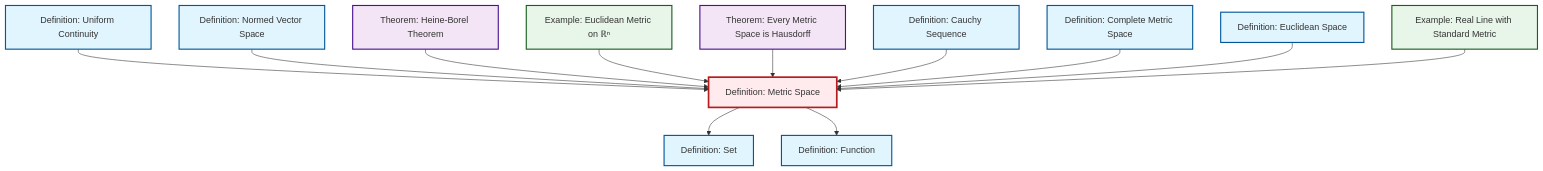
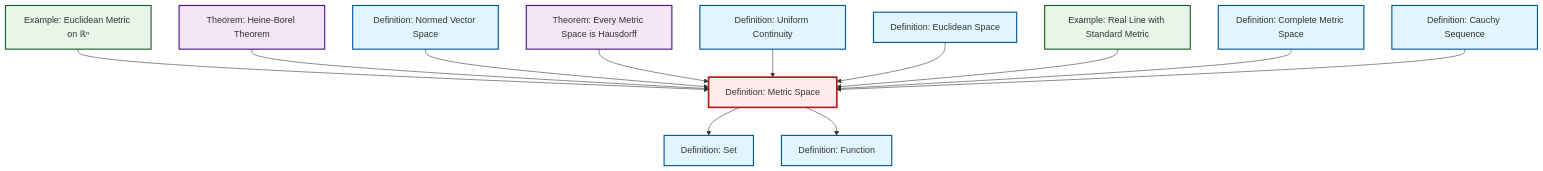
Before and after one commit to RK0429/ModernMath: the diagram in content/ja/analysis/def-metric-space.qmd, drawn with Mermaid. The commit also changed other lines of this file and 619 other files, not shown here.

````diff
--- a/content/ja/analysis/def-metric-space.qmd
+++ b/content/ja/analysis/def-metric-space.qmd
@@ -52,44 +52,44 @@
 ```{mermaid}
 %%| fig-cap: "Local dependency graph"
 graph TD
     classDef definition fill:#e1f5fe,stroke:#01579b,stroke-width:2px
     classDef theorem fill:#f3e5f5,stroke:#4a148c,stroke-width:2px
     classDef axiom fill:#fff3e0,stroke:#e65100,stroke-width:2px
     classDef example fill:#e8f5e9,stroke:#1b5e20,stroke-width:2px
     classDef current fill:#ffebee,stroke:#b71c1c,stroke-width:3px
+    def-metric-space["Definition: Metric Space"]:::definition
     def-complete-metric-space["Definition: Complete Metric Space"]:::definition
+    def-set["Definition: Set"]:::definition
+    thm-metric-hausdorff["Theorem: Every Metric Space is Hausdorff"]:::theorem
+    ex-real-line-metric["Example: Real Line with Standard Metric"]:::example
+    def-cauchy-sequence["Definition: Cauchy Sequence"]:::definition
+    def-uniform-continuity["Definition: Uniform Continuity"]:::definition
     ex-euclidean-metric["Example: Euclidean Metric on ℝⁿ"]:::example
-    ex-real-line-metric["Example: Real Line with Standard Metric"]:::example
     def-euclidean-space["Definition: Euclidean Space"]:::definition
+    def-normed-vector-space["Definition: Normed Vector Space"]:::definition
     thm-heine-borel["Theorem: Heine-Borel Theorem"]:::theorem
-    thm-metric-hausdorff["Theorem: Every Metric Space is Hausdorff"]:::theorem
-    def-uniform-continuity["Definition: Uniform Continuity"]:::definition
     def-function["Definition: Function"]:::definition
-    def-metric-space["Definition: Metric Space"]:::definition
-    def-set["Definition: Set"]:::definition
-    def-cauchy-sequence["Definition: Cauchy Sequence"]:::definition
-    def-normed-vector-space["Definition: Normed Vector Space"]:::definition
+    def-metric-space --> def-set
+    ex-euclidean-metric --> def-metric-space
+    def-metric-space --> def-function
+    thm-heine-borel --> def-metric-space
+    def-normed-vector-space --> def-metric-space
+    thm-metric-hausdorff --> def-metric-space
     def-uniform-continuity --> def-metric-space
-    def-normed-vector-space --> def-metric-space
-    thm-heine-borel --> def-metric-space
-    def-metric-space --> def-set
-    def-metric-space --> def-function
-    ex-euclidean-metric --> def-metric-space
-    thm-metric-hausdorff --> def-metric-space
-    def-cauchy-sequence --> def-metric-space
-    def-complete-metric-space --> def-metric-space
     def-euclidean-space --> def-metric-space
     ex-real-line-metric --> def-metric-space
+    def-complete-metric-space --> def-metric-space
+    def-cauchy-sequence --> def-metric-space
     class def-metric-space current
     click def-complete-metric-space "def-complete-metric-space.html" "Definition: Complete Metric Spaceへ"
+    click def-set "def-set.html" "Definition: Setへ"
+    click thm-metric-hausdorff "thm-metric-hausdorff.html" "Theorem: Every Metric Space is Hausdorffへ"
+    click ex-real-line-metric "ex-real-line-metric.html" "Example: Real Line with Standard Metricへ"
+    click def-cauchy-sequence "def-cauchy-sequence.html" "Definition: Cauchy Sequenceへ"
+    click def-uniform-continuity "def-uniform-continuity.html" "Definition: Uniform Continuityへ"
     click ex-euclidean-metric "ex-euclidean-metric.html" "Example: Euclidean Metric on ℝⁿへ"
-    click ex-real-line-metric "ex-real-line-metric.html" "Example: Real Line with Standard Metricへ"
     click def-euclidean-space "def-euclidean-space.html" "Definition: Euclidean Spaceへ"
+    click def-normed-vector-space "def-normed-vector-space.html" "Definition: Normed Vector Spaceへ"
     click thm-heine-borel "thm-heine-borel.html" "Theorem: Heine-Borel Theoremへ"
-    click thm-metric-hausdorff "thm-metric-hausdorff.html" "Theorem: Every Metric Space is Hausdorffへ"
-    click def-uniform-continuity "def-uniform-continuity.html" "Definition: Uniform Continuityへ"
     click def-function "def-function.html" "Definition: Functionへ"
-    click def-set "def-set.html" "Definition: Setへ"
-    click def-cauchy-sequence "def-cauchy-sequence.html" "Definition: Cauchy Sequenceへ"
-    click def-normed-vector-space "def-normed-vector-space.html" "Definition: Normed Vector Spaceへ"
 ```
````
